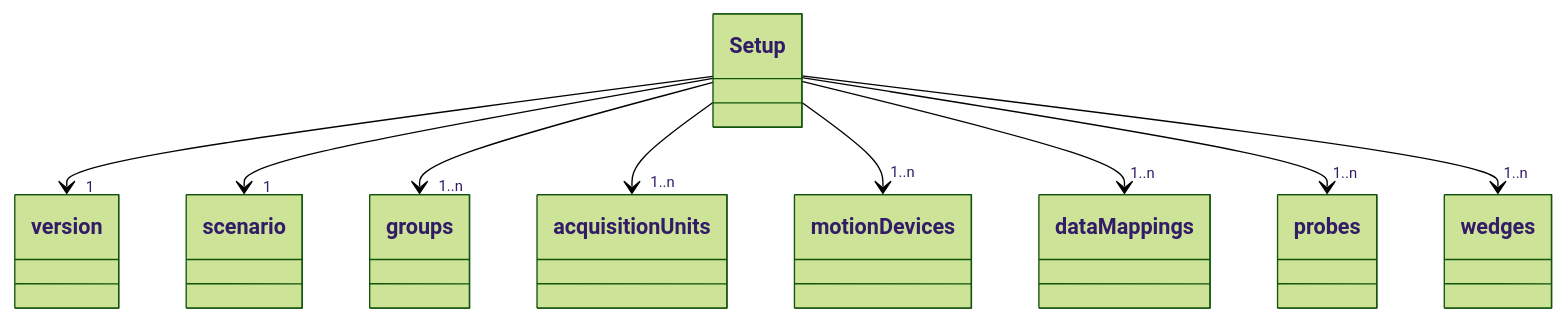
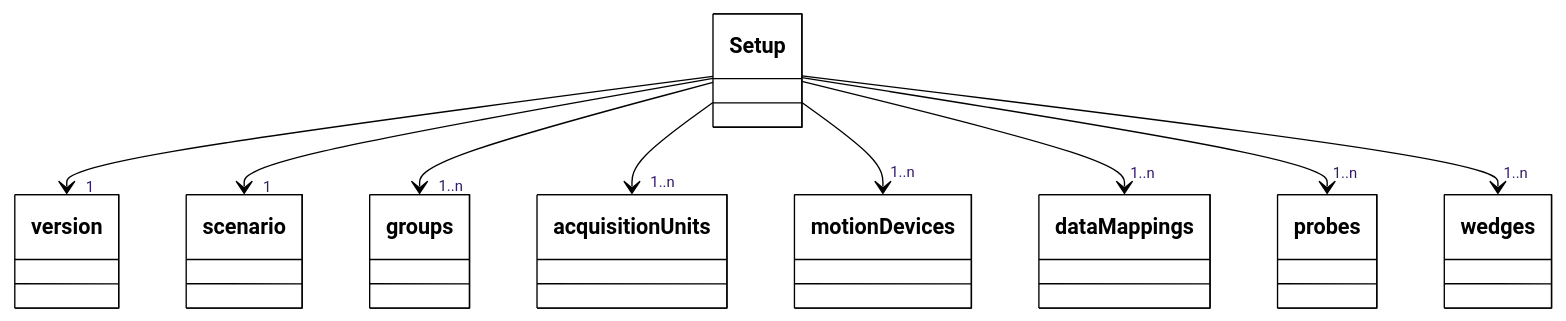
The second of 2 diagrams in site/docs/json-metadata/setup/index.md (Evident-Industrial/NDE_Open_File_Format), drawn with Mermaid (forest theme) before and after one commit. The commit also changed other lines of this file and 90 other files, not shown here.

````diff
--- a/site/docs/json-metadata/setup/index.md
+++ b/site/docs/json-metadata/setup/index.md
@@ -23,21 +21,29 @@
 ``` mermaid
 classDiagram
    Setup --> "1" version
    Setup --> "1" scenario
    Setup --> "1..n" groups
    Setup --> "1..n" acquisitionUnits
    Setup --> "1..n" motionDevices
    Setup --> "1..n" dataMappings
    Setup --> "1..n" probes
    Setup --> "1..n" wedges
    class Setup
    class version
    class scenario
    class groups
    class acquisitionUnits
    class motionDevices
    class dataMappings
    class probes
    class wedges
-   style Properties fill:#fff,stroke:#000000,color:#000000
+   style Setup fill:#fff,stroke:#000000,color:#000000
+   style version fill:#fff,stroke:#000000,color:#000000
+   style scenario fill:#fff,stroke:#000000,color:#000000
+   style groups fill:#fff,stroke:#000000,color:#000000
+   style acquisitionUnits fill:#fff,stroke:#000000,color:#000000
+   style motionDevices fill:#fff,stroke:#000000,color:#000000
+   style dataMappings fill:#fff,stroke:#000000,color:#000000
+   style probes fill:#fff,stroke:#000000,color:#000000
+   style wedges fill:#fff,stroke:#000000,color:#000000
 ```
````
